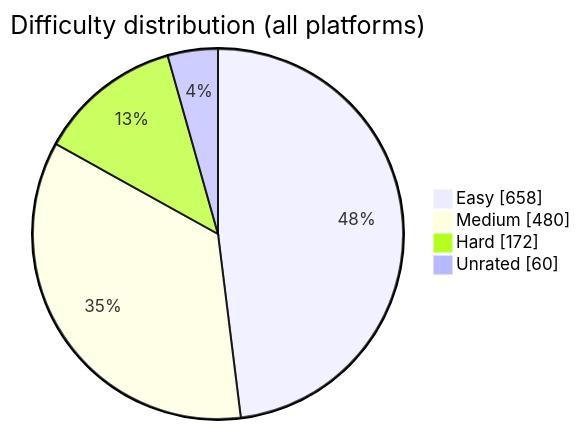
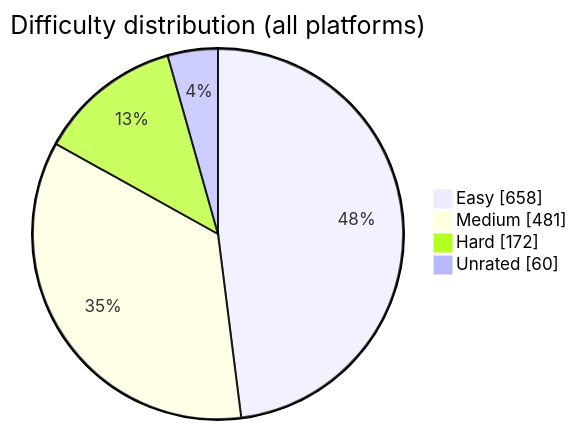
The diagram in README.md (BuildbyArindam/Daily-Coding-Log), drawn with Mermaid before and after one commit. The commit also changed other lines of this file, not shown here.

````diff
--- a/README.md
+++ b/README.md
@@ -93,7 +93,7 @@
 ```mermaid
 pie showData title Difficulty distribution (all platforms)
     "Easy" : 658
-    "Medium" : 480
+    "Medium" : 481
     "Hard" : 172
     "Unrated" : 60
 ```
````
